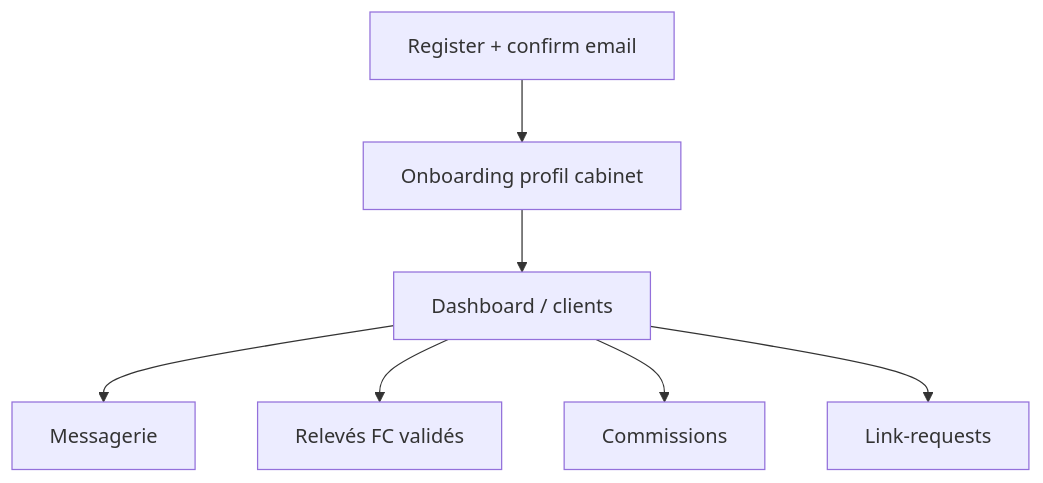
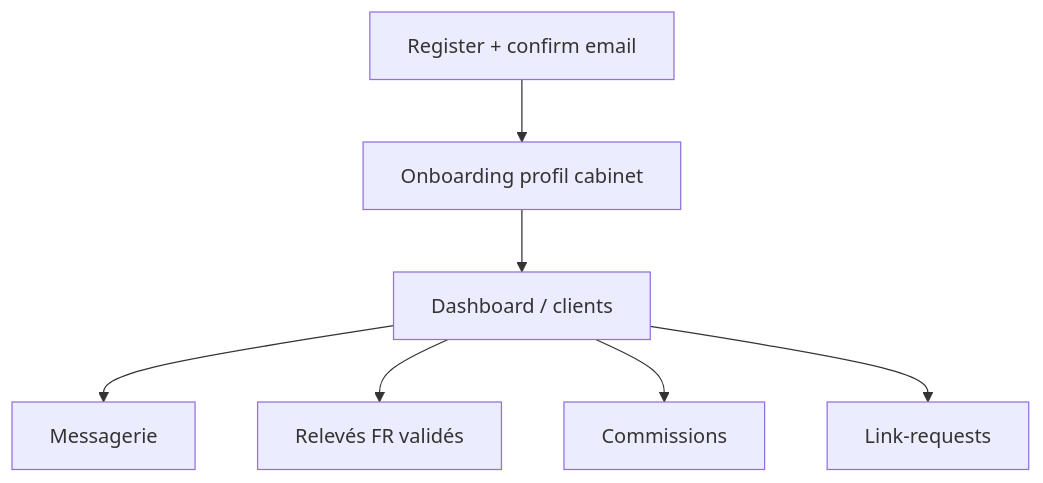
One commit to olegrand1976/petsFollow changed the second of 5 diagrams in documentation/06-FLUX-UTILISATEURS.md. Above: the diagram before and after it, drawn with Mermaid. The commit also changed other lines of this file and 66 other files, not shown here.

````diff
--- a/documentation/06-FLUX-UTILISATEURS.md
+++ b/documentation/06-FLUX-UTILISATEURS.md
@@ -35,9 +35,9 @@
 ```mermaid
 flowchart TD
   Reg[Register + confirm email] --> Onb[Onboarding profil cabinet]
   Onb --> Dash[Dashboard / clients]
   Dash --> Msg[Messagerie]
-  Dash --> FC[Relevés FC validés]
+  Dash --> FR[Relevés FR validés]
   Dash --> Comm[Commissions]
   Dash --> Req[Link-requests]
 ```
````
